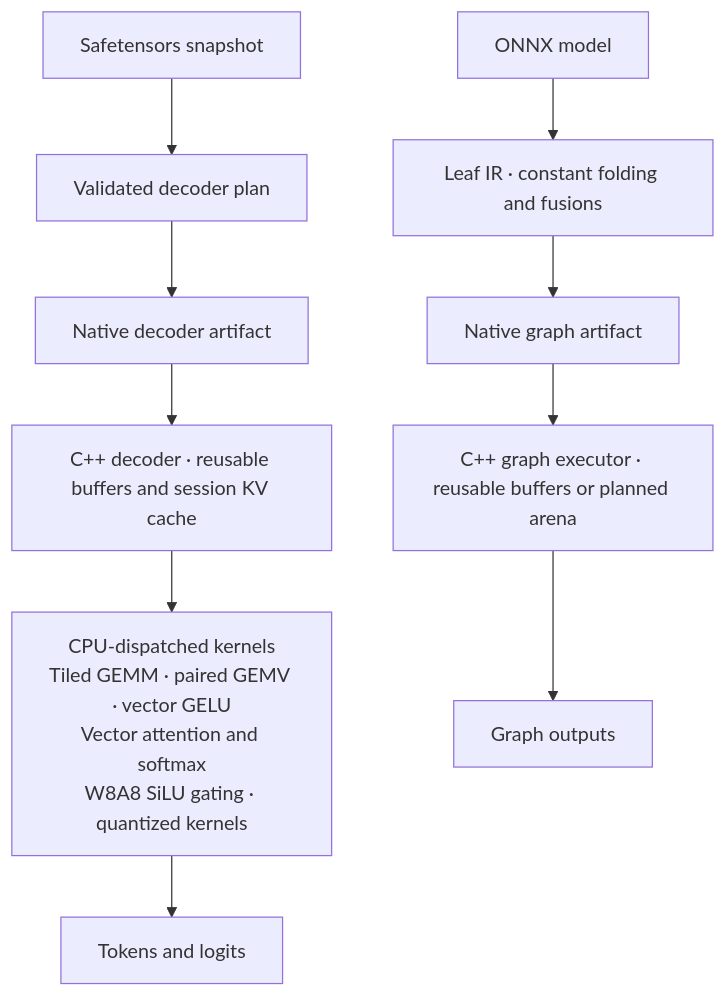
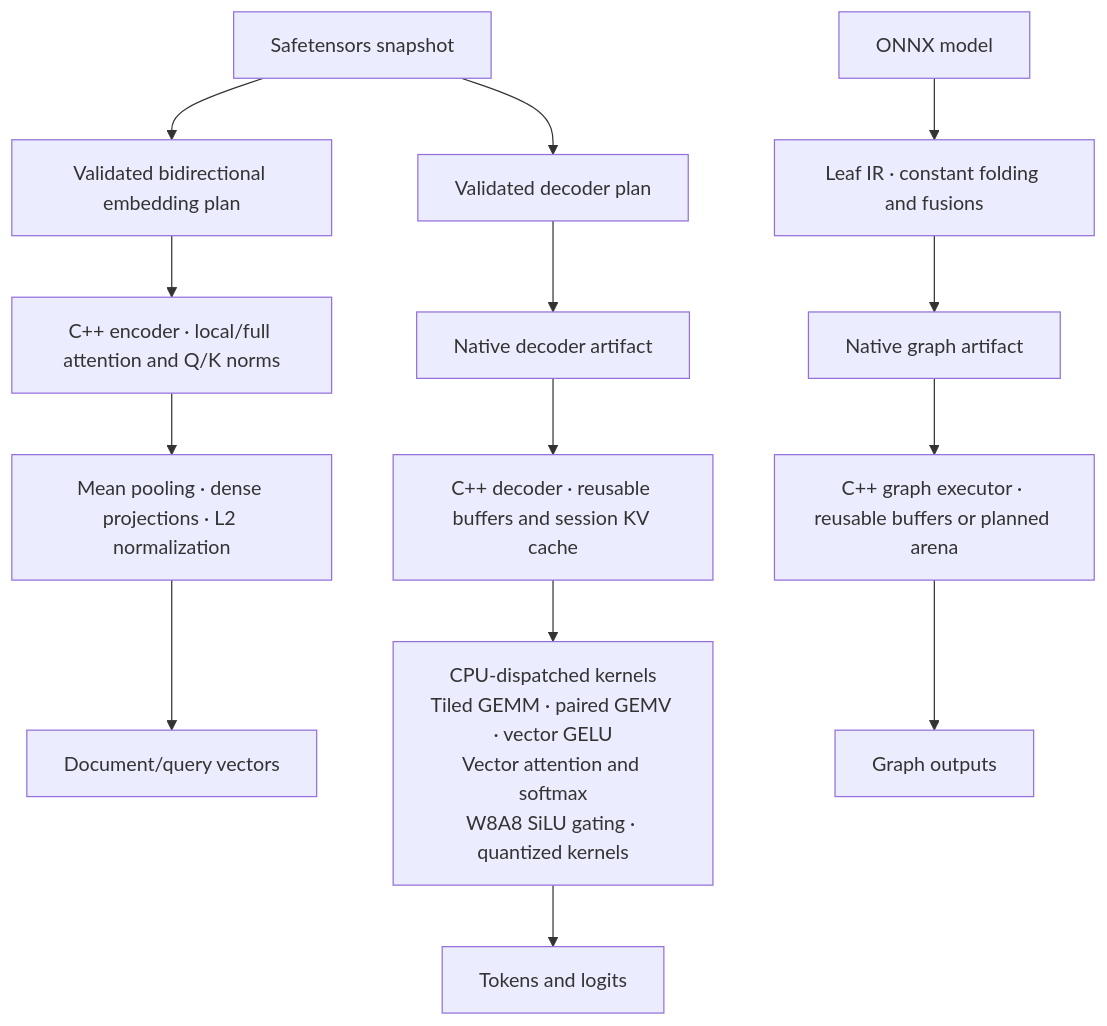
One commit to Nbit-51/Leaf changed the first of 2 diagrams in README.md. Above: the diagram before and after it, drawn with Mermaid. The commit also changed other lines of this file and 34 other files, not shown here.

Commit message:
Add validated native EmbeddingGemma inference and document CLI

````diff
--- a/README.md
+++ b/README.md
@@ -102,12 +120,16 @@
 ```mermaid
 flowchart TB
     S["Safetensors snapshot"] --> P["Validated decoder plan"]
+    S --> B["Validated bidirectional embedding plan"]
+    B --> N["C++ encoder · local/full attention and Q/K norms"]
+    N --> V["Mean pooling · dense projections · L2 normalization"]
+    V --> F["Document/query vectors"]
     O["ONNX model"] --> G["Leaf IR · constant folding and fusions"]
     P --> D["Native decoder artifact"]
     G --> A["Native graph artifact"]
     D --> R["C++ decoder · reusable buffers and session KV cache"]
     A --> E["C++ graph executor · reusable buffers or planned arena"]
     R --> K["CPU-dispatched kernels<br/>Tiled GEMM · paired GEMV · vector GELU<br/>Vector attention and softmax<br/>W8A8 SiLU gating · quantized kernels"]
     K --> T["Tokens and logits"]
     E --> U["Graph outputs"]
 ```
````
